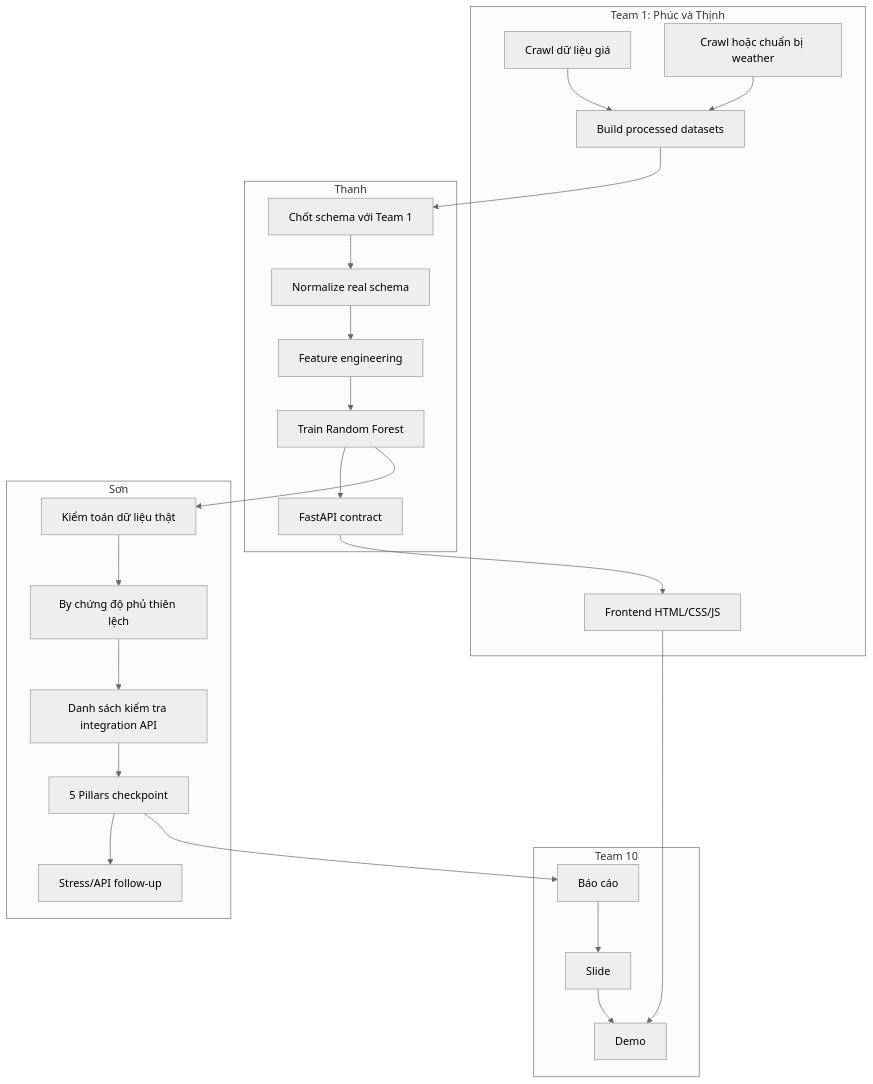
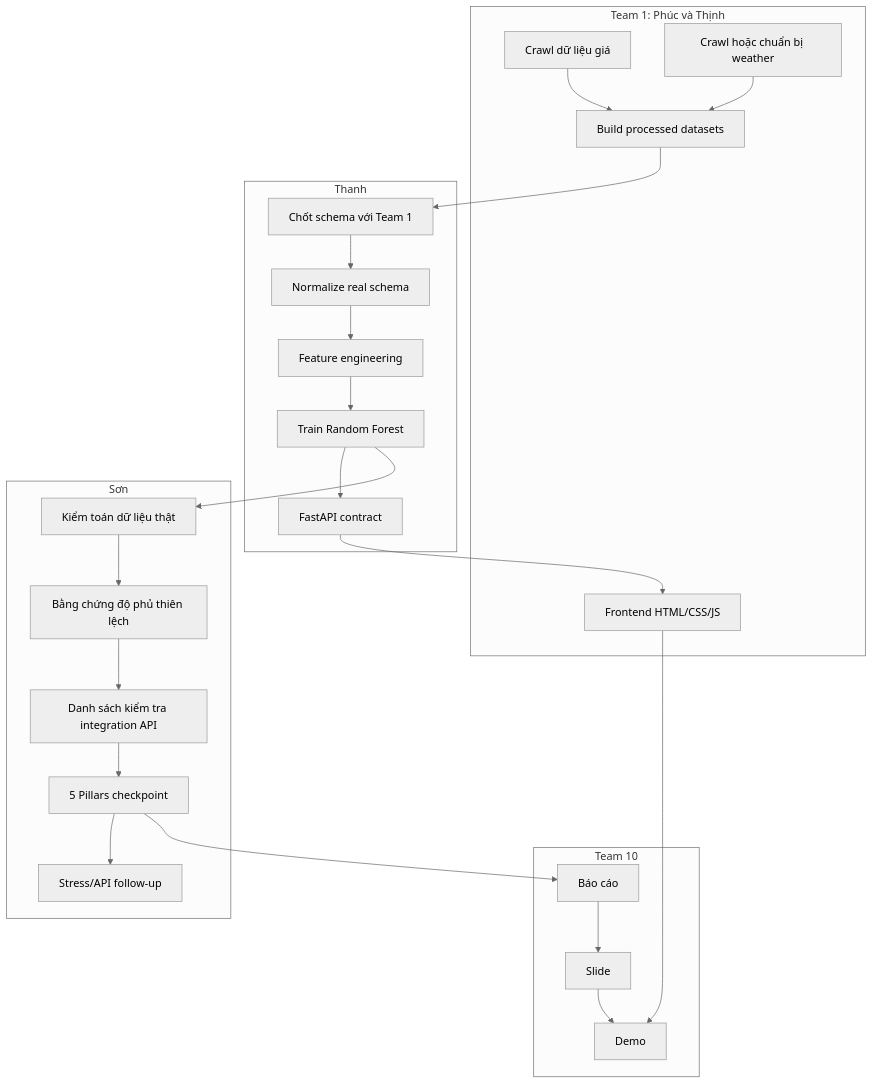
The fourth of 8 diagrams in docs/project-roadmap.md (uit-25730067-chithanh/AI002-Team22-DT10), drawn with Mermaid (neutral theme) before and after one commit. The commit also changed 1 other file, not shown here.

Commit message:
docs: fix typo "By chứng" to "Bằng chứng" in roadmaps
- Correct Vietnamese spelling in project-roadmap.md
- Correct Vietnamese spelling in team-data-flow-roadmap.md
- Ensure consistency across documentation

````diff
--- a/docs/project-roadmap.md
+++ b/docs/project-roadmap.md
@@ -102,41 +102,41 @@
 ```mermaid
 flowchart TD
     subgraph T1[Team 1: Phúc và Thịnh]
         A1[Crawl dữ liệu giá]
         A2[Crawl hoặc chuẩn bị weather]
         A3[Build processed datasets]
         A4[Frontend HTML/CSS/JS]
     end
 
     subgraph Thanh[Thanh]
         B1[Chốt schema với Team 1]
         B2[Normalize real schema]
         B3[Feature engineering]
         B4[Train Random Forest]
         B5[FastAPI contract]
     end
 
     subgraph Son[Sơn]
         C1[Kiểm toán dữ liệu thật]
-        C2[By chứng độ phủ thiên lệch]
+        C2[Bằng chứng độ phủ thiên lệch]
         C3[Danh sách kiểm tra integration API]
         C4[5 Pillars checkpoint]
         C5[Stress/API follow-up]
     end
 
     subgraph Team[Team 10]
         D1[Báo cáo]
         D2[Slide]
         D3[Demo]
     end
 
     A1 --> A3
     A2 --> A3
     A3 --> B1
     B1 --> B2 --> B3 --> B4 --> B5
     B4 --> C1 --> C2 --> C3 --> C4 --> C5
     B5 --> A4
     C4 --> D1
     A4 --> D3
     D1 --> D2 --> D3
 ```
````
